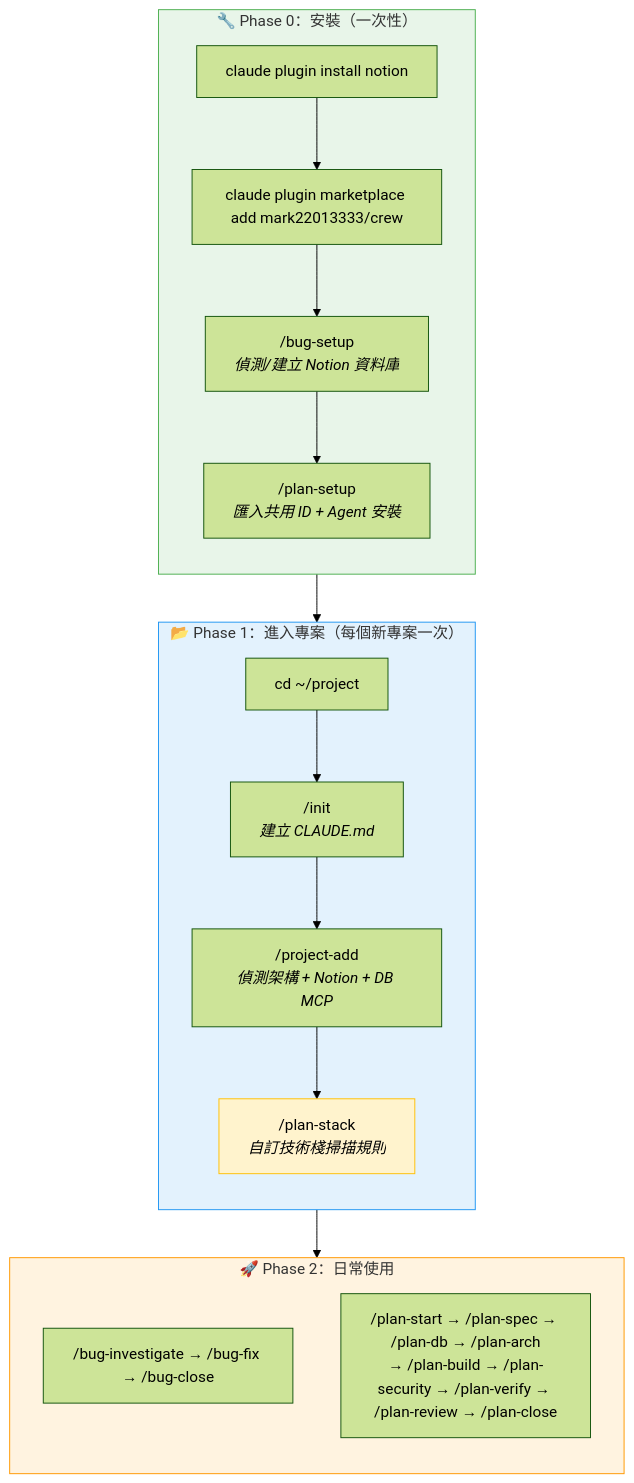
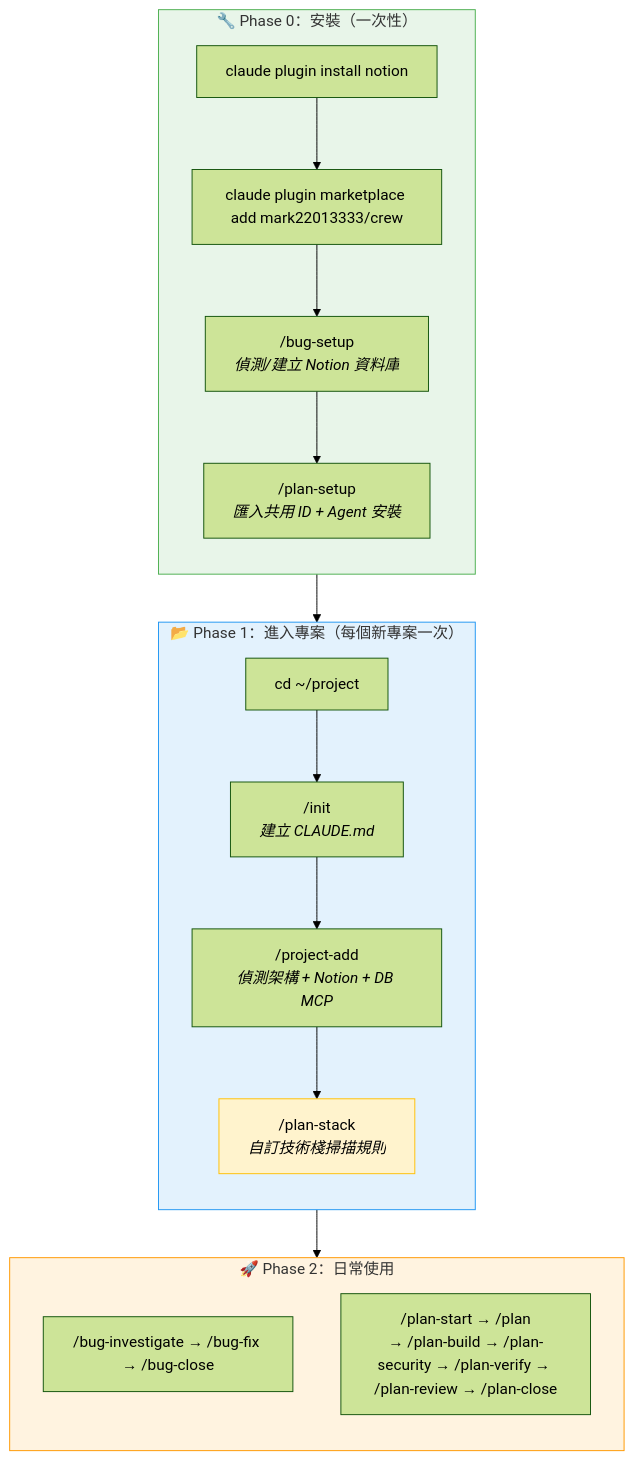
Before and after one commit to Stcfinch/crew: the first of 4 diagrams in README.md, drawn with Mermaid (forest theme). The commit also changed other lines of this file and 21 other files, not shown here.

First line of the commit message:
feat(crew)!: plan.md 單一文件契約、SessionStart hook 與 plan-drift

````diff
--- a/README.md
+++ b/README.md
@@ -43,34 +79,34 @@
 ```mermaid
 flowchart TD
     subgraph Phase0["🔧 Phase 0：安裝（一次性）"]
         direction TB
         notion["claude plugin install notion"]
         crew["claude plugin marketplace add mark22013333/crew"]
         setup_bug["/bug-setup<br/><i>偵測/建立 Notion 資料庫</i>"]
         setup_plan["/plan-setup<br/><i>匯入共用 ID + Agent 安裝</i>"]
         notion --> crew --> setup_bug --> setup_plan
     end
 
     subgraph Phase1["📂 Phase 1：進入專案（每個新專案一次）"]
         direction TB
         cd["cd ~/project"]
         init["/init<br/><i>建立 CLAUDE.md</i>"]
         projAdd["/project-add<br/><i>偵測架構 + Notion + DB MCP</i>"]
         stack["/plan-stack<br/><i>自訂技術棧掃描規則</i>"]
         cd --> init --> projAdd --> stack
 
         style stack fill:#fff3cd,stroke:#ffc107
     end
 
     subgraph Phase2["🚀 Phase 2：日常使用"]
         direction TB
         bugFlow["/bug-investigate → /bug-fix → /bug-close"]
-        planFlow["/plan-start → /plan-spec → /plan-db → /plan-arch<br/>→ /plan-build → /plan-security → /plan-verify → /plan-review → /plan-close"]
+        planFlow["/plan-start → /plan<br/>→ /plan-build → /plan-security → /plan-verify → /plan-review → /plan-close"]
     end
 
     Phase0 --> Phase1 --> Phase2
 
     style Phase0 fill:#e8f5e9,stroke:#4caf50
     style Phase1 fill:#e3f2fd,stroke:#2196f3
     style Phase2 fill:#fff3e0,stroke:#ff9800
 ```
````
